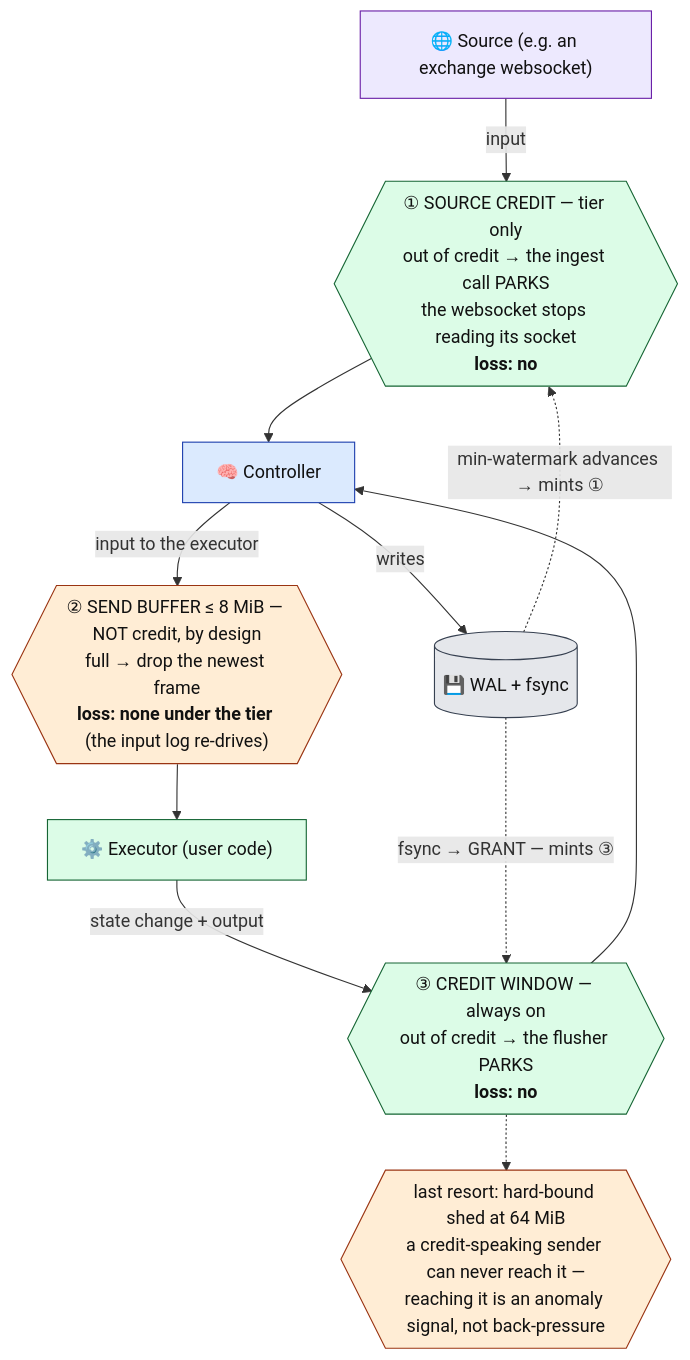
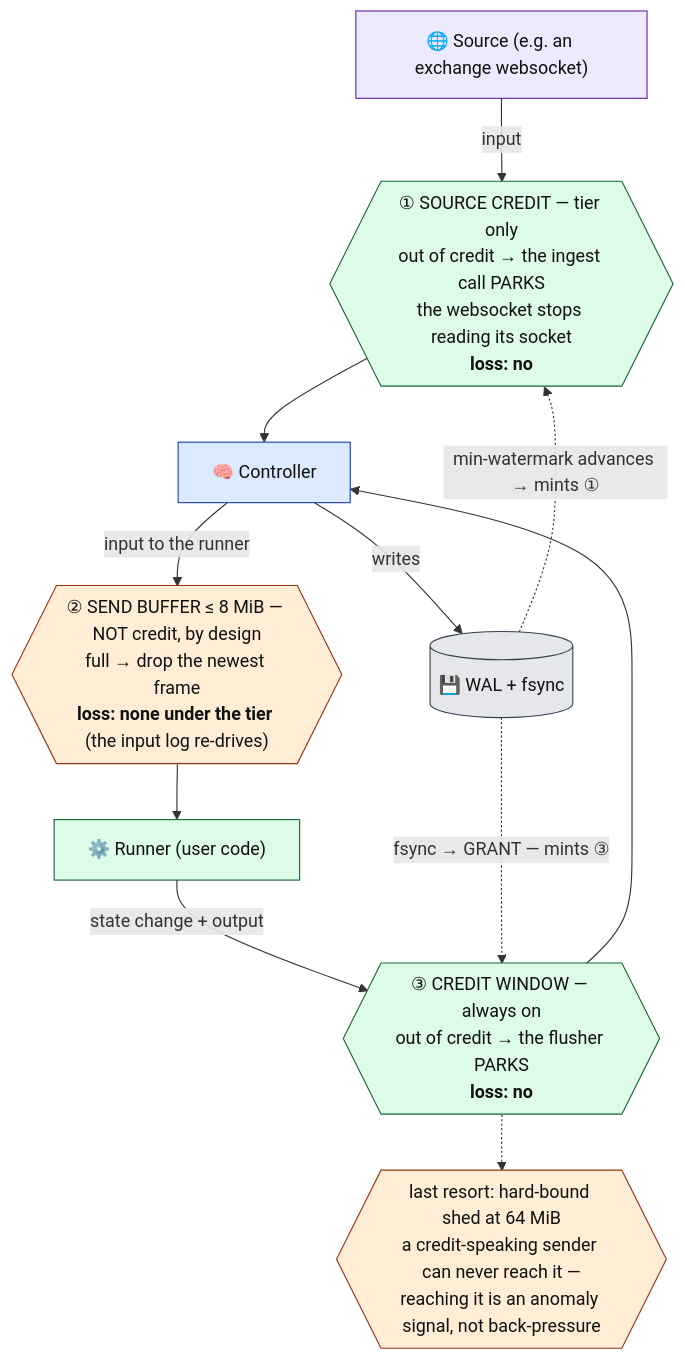
Before and after one commit to Flezha/flezha: diagram 11 of 16 in docs/architecture/kernel.md, drawn with Mermaid. The commit also changed other lines of this file and 535 other files, not shown here.

````diff
--- a/docs/architecture/kernel.md
+++ b/docs/architecture/kernel.md
@@ -466,26 +466,26 @@
 ```mermaid
 flowchart TB
     SRC["🌐 Source (e.g. an exchange websocket)"]:::src
     G1{{"① SOURCE CREDIT — tier only<br/>out of credit → the ingest call PARKS<br/>the websocket stops reading its socket<br/><b>loss: no</b>"}}:::park
     CTRL["🧠 Controller"]:::ctrl
     G2{{"② SEND BUFFER ≤ 8 MiB — NOT credit, by design<br/>full → drop the newest frame<br/><b>loss: none under the tier</b> (the input log re-drives)"}}:::drop
-    EX["⚙️ Executor (user code)"]:::exec
+    EX["⚙️ Runner (user code)"]:::exec
     G3{{"③ CREDIT WINDOW — always on<br/>out of credit → the flusher PARKS<br/><b>loss: no</b>"}}:::park
     WAL[("💾 WAL + fsync")]:::store
     SHED{{"last resort: hard-bound shed at 64 MiB<br/>a credit-speaking sender can never reach it —<br/>reaching it is an anomaly signal, not back-pressure"}}:::drop
 
     SRC -->|"input"| G1 --> CTRL
-    CTRL -->|"input to the executor"| G2 --> EX
+    CTRL -->|"input to the runner"| G2 --> EX
     EX -->|"state change + output"| G3 --> CTRL
     CTRL -->|"writes"| WAL
     WAL -.->|"fsync → GRANT — mints ③"| G3
     WAL -.->|"min-watermark advances → mints ①"| G1
     G3 -.-> SHED
 
     classDef ctrl fill:#dbeafe,stroke:#1e40af,color:#111
     classDef exec fill:#dcfce7,stroke:#166534,color:#111
     classDef src fill:#ede9fe,stroke:#6b21a8,color:#111
     classDef store fill:#e5e7eb,stroke:#374151,color:#111
     classDef park fill:#dcfce7,stroke:#166534,color:#111
     classDef drop fill:#ffedd5,stroke:#9a3412,color:#111
 ```
````
